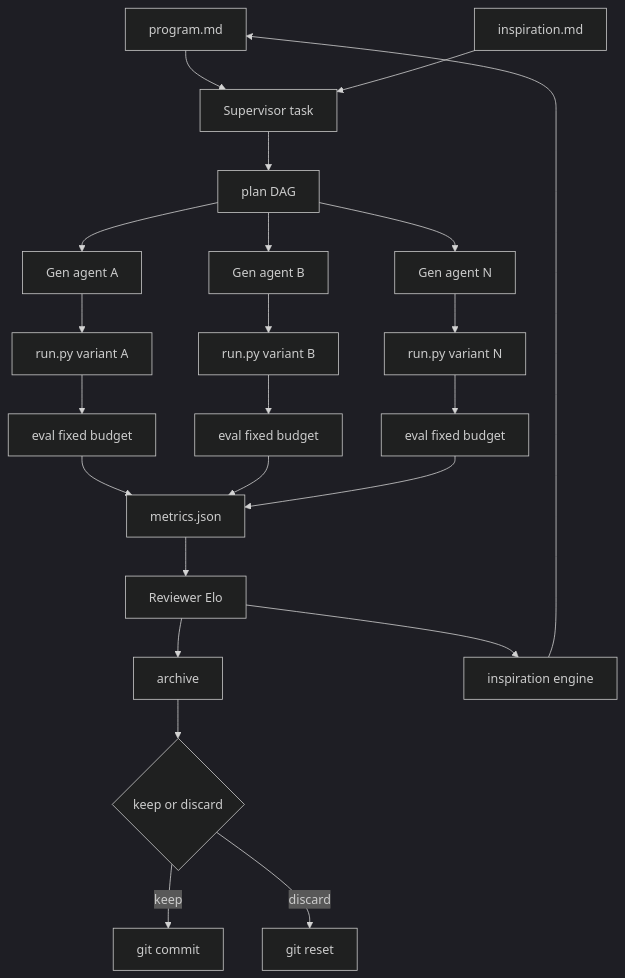
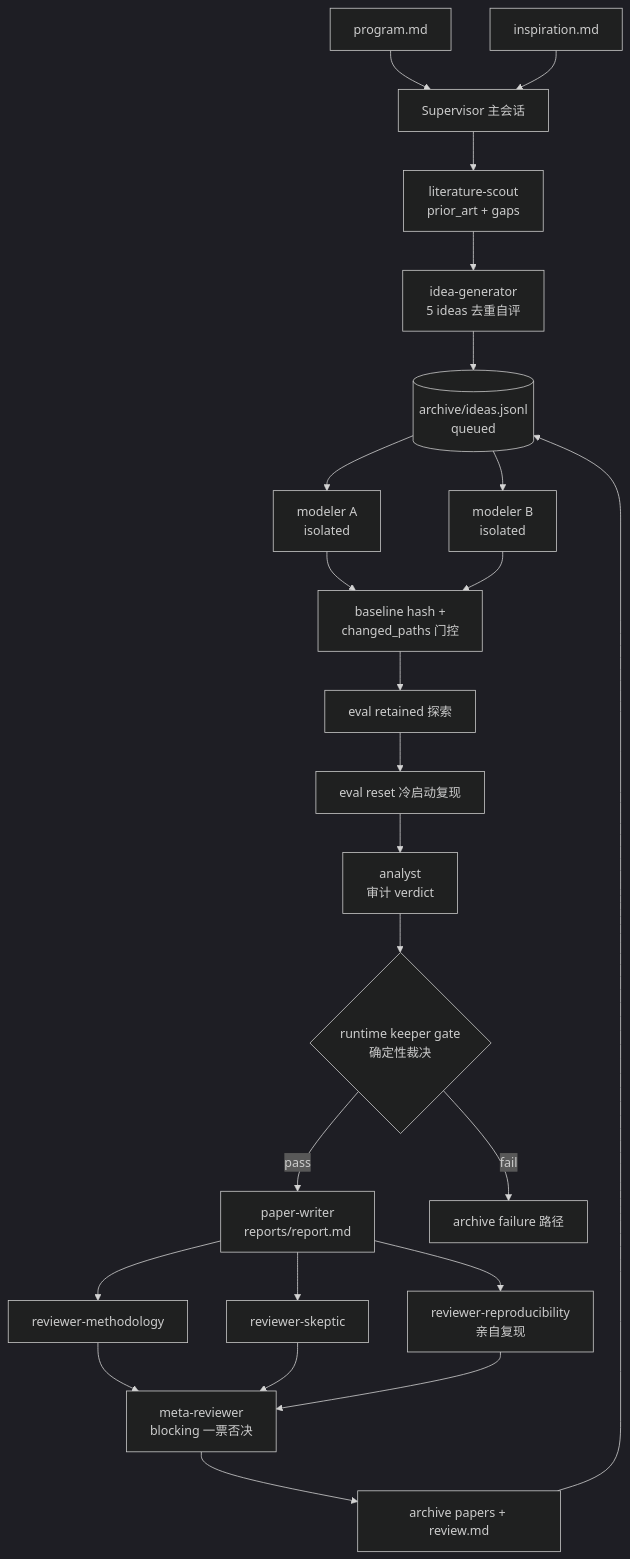
The second of 3 diagrams in template/02-harness-wiring.md (dbydd/research-flywheel), drawn with Mermaid (dark theme) before and after one commit. The commit also changed other lines of this file and 10 other files, not shown here.

````diff
--- a/template/02-harness-wiring.md
+++ b/template/02-harness-wiring.md
@@ -52,25 +66,26 @@
 ```mermaid
 flowchart TD
-  P[program.md] --> SUP[Supervisor task]
+  P[program.md] --> SUP[Supervisor 主会话]
   I[inspiration.md] --> SUP
-  SUP --> DAG[plan DAG]
-  DAG --> G1[Gen agent A]
-  DAG --> G2[Gen agent B]
-  DAG --> G3[Gen agent N]
-  G1 --> R1[run.py variant A]
-  G2 --> R2[run.py variant B]
-  G3 --> R3[run.py variant N]
-  R1 --> E1[eval fixed budget]
-  R2 --> E2[eval fixed budget]
-  R3 --> E3[eval fixed budget]
-  E1 --> M[metrics.json]
-  E2 --> M
-  E3 --> M
-  M --> REV[Reviewer Elo]
-  REV --> ARC[archive]
-  ARC --> NEXT{keep or discard}
-  NEXT -->|keep| GIT[git commit]
-  NEXT -->|discard| RST[git reset]
-  REV --> INS[inspiration engine]
-  INS --> P
+  SUP --> LS[literature-scout<br/>prior_art + gaps]
+  LS --> IG[idea-generator<br/>5 ideas 去重自评]
+  IG --> POOL[(archive/ideas.jsonl<br/>queued)]
+  POOL --> M1[modeler A<br/>isolated]
+  POOL --> M2[modeler B<br/>isolated]
+  M1 --> GATE[baseline hash +<br/>changed_paths 门控]
+  M2 --> GATE
+  GATE --> EVAL[eval retained 探索]
+  EVAL --> REPRO[eval reset 冷启动复现]
+  REPRO --> AN[analyst<br/>审计 verdict]
+  AN --> KEEP{runtime keeper gate<br/>确定性裁决}
+  KEEP -->|pass| PW[paper-writer<br/>reports/report.md]
+  KEEP -->|fail| ARCHF[archive failure 路径]
+  PW --> RV1[reviewer-methodology]
+  PW --> RV2[reviewer-skeptic]
+  PW --> RV3[reviewer-reproducibility<br/>亲自复现]
+  RV1 --> MR[meta-reviewer<br/>blocking 一票否决]
+  RV2 --> MR
+  RV3 --> MR
+  MR --> ARCH[archive papers + review.md]
+  ARCH --> POOL
 ```
````
